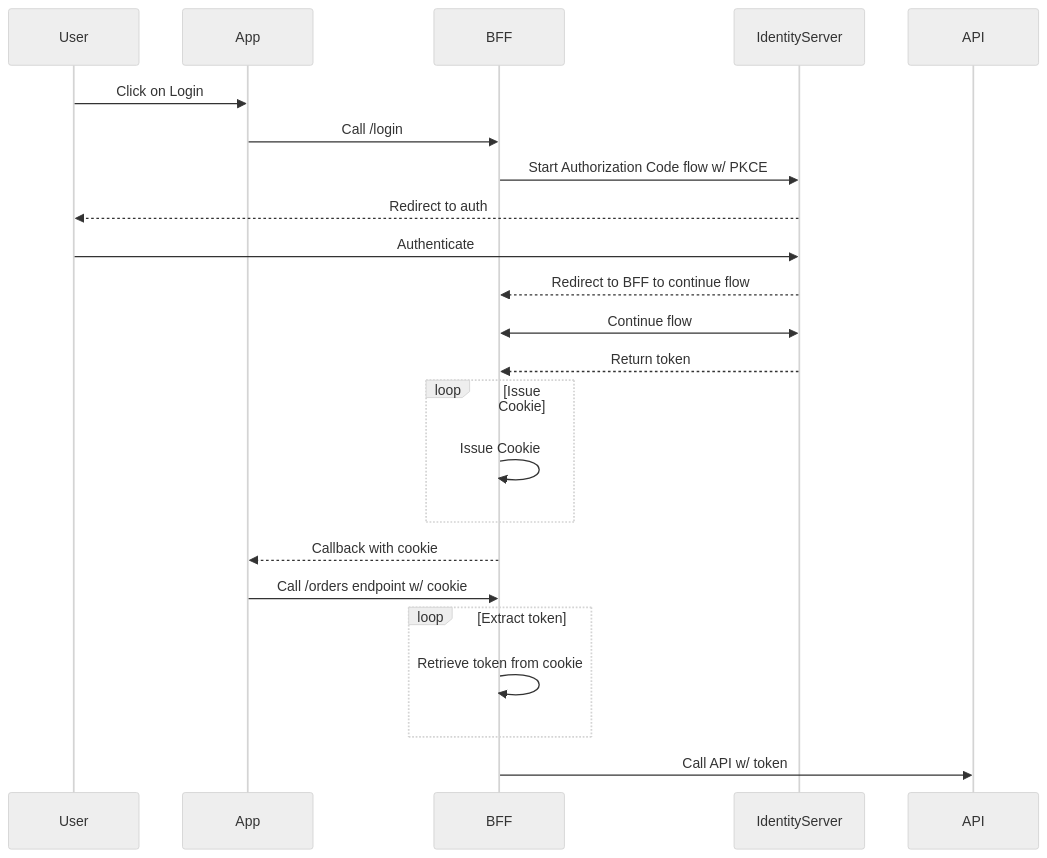
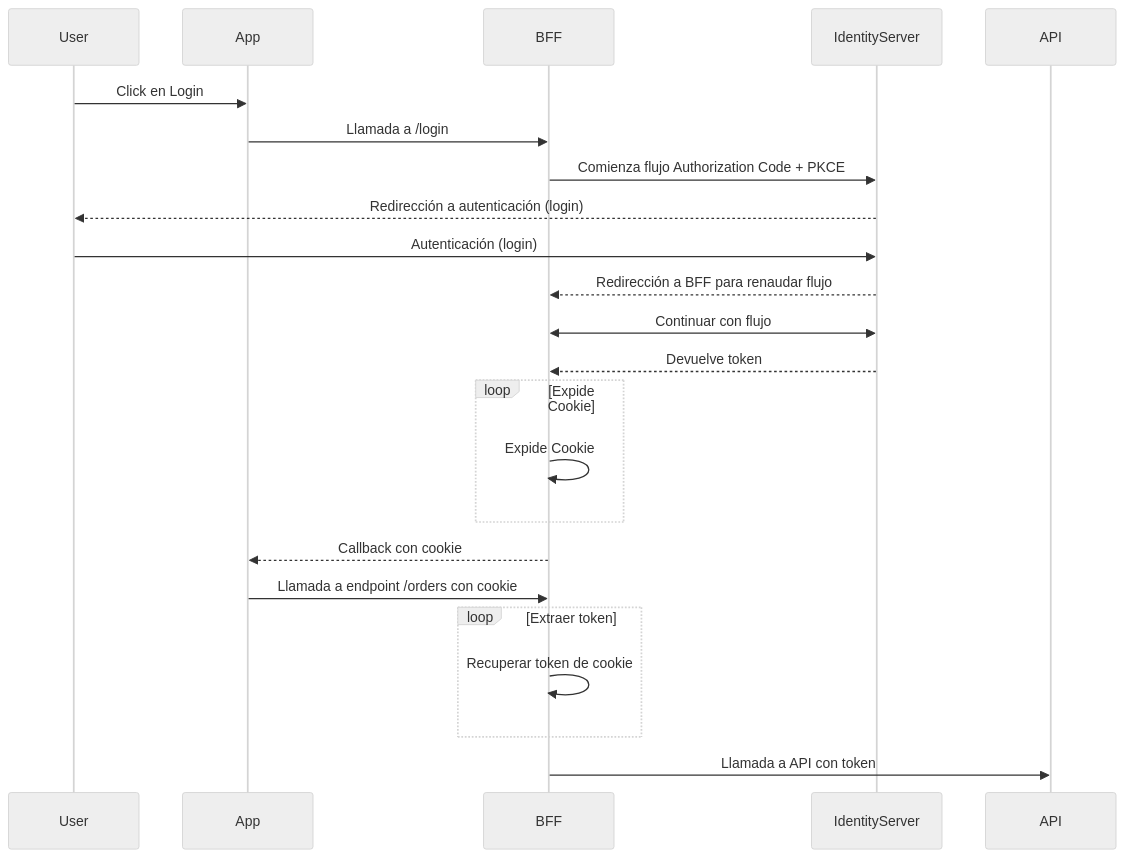
One commit to virubiotor/authentication-made-simple changed the diagram in docs/bff_simplified.md. Above: the diagram before and after it, drawn with Mermaid (neutral theme). The commit also changed 4 other files, not shown here.

````diff
--- a/docs/bff_simplified.md
+++ b/docs/bff_simplified.md
@@ -1,26 +1,26 @@
 ```mermaid
 sequenceDiagram
     participant User
     participant App
     participant BFF
     participant IdentityServer
     participant API
 
-    User->>App: Click on Login
-    App->>BFF: Call /login
-    BFF->>IdentityServer: Start Authorization Code flow w/ PKCE
-    IdentityServer-->>User: Redirect to auth
-    User->>IdentityServer: Authenticate
-    IdentityServer-->>BFF: Redirect to BFF to continue flow
-    IdentityServer<<->>BFF: Continue flow 
-    IdentityServer-->>BFF: Return token
-    loop Issue Cookie
-        BFF->>BFF: Issue Cookie
+    User->>App: Click en Login
+    App->>BFF: Llamada a /login
+    BFF->>IdentityServer: Comienza flujo Authorization Code + PKCE
+    IdentityServer-->>User: Redirección a autenticación (login)
+    User->>IdentityServer: Autenticación (login)
+    IdentityServer-->>BFF: Redirección a BFF para renaudar flujo
+    IdentityServer<<->>BFF: Continuar con flujo
+    IdentityServer-->>BFF: Devuelve token
+    loop Expide Cookie
+        BFF->>BFF: Expide Cookie
     end
-    BFF-->>App: Callback with cookie
-    App->>BFF: Call /orders endpoint w/ cookie
-    loop Extract token
-        BFF->>BFF: Retrieve token from cookie
+    BFF-->>App: Callback con cookie
+    App->>BFF: Llamada a endpoint /orders con cookie
+    loop Extraer token
+        BFF->>BFF: Recuperar token de cookie
     end
-    BFF->>API: Call API w/ token
+    BFF->>API: Llamada a API con token
 ```
````
